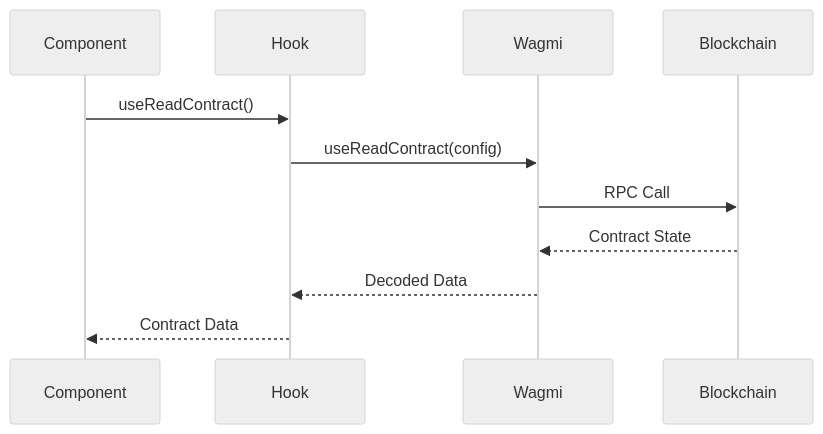
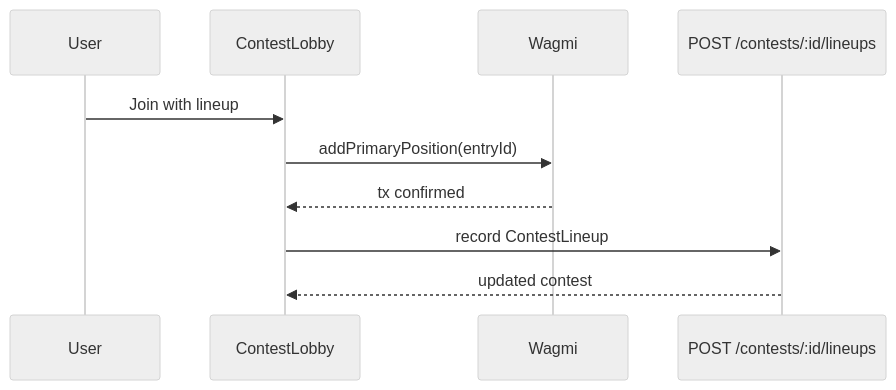
Before and after one commit to MagRelo/cut: the third of 4 diagrams in spec/client/data-flow.md, drawn with Mermaid (neutral theme). The commit also changed other lines of this file and 214 other files, not shown here.

First line of the commit message:
Refactor platform architecture and enhance contest functionality

````diff
--- a/spec/client/data-flow.md
+++ b/spec/client/data-flow.md
@@ -106,14 +83,13 @@
 ```mermaid
 sequenceDiagram
-    participant Component
-    participant Hook
-    participant Wagmi
-    participant Blockchain
-    
-    Component->>Hook: useReadContract()
-    Hook->>Wagmi: useReadContract(config)
-    Wagmi->>Blockchain: RPC Call
-    Blockchain-->>Wagmi: Contract State
-    Wagmi-->>Hook: Decoded Data
-    Hook-->>Component: Contract Data
+  participant User
+  participant UI as ContestLobby
+  participant Chain as Wagmi
+  participant API as POST /contests/:id/lineups
+
+  User->>UI: Join with lineup
+  UI->>Chain: addPrimaryPosition(entryId)
+  Chain-->>UI: tx confirmed
+  UI->>API: record ContestLineup
+  API-->>UI: updated contest
 ```
````
